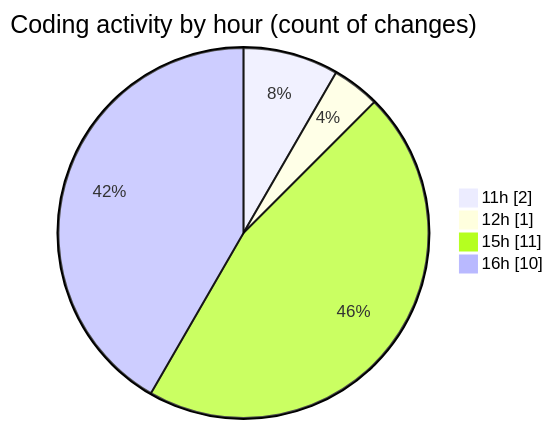
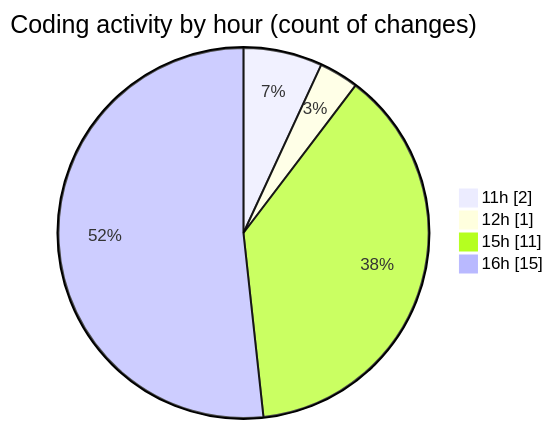
Before and after one commit to nxtqubesakshisongat/code-tracking: the second of 2 diagrams in 2025-06-16/nxtqube_webapp/README.md, drawn with Mermaid. The commit also changed other lines of this file and 1 other file, not shown here.

````diff
--- a/2025-06-16/nxtqube_webapp/README.md
+++ b/2025-06-16/nxtqube_webapp/README.md
@@ -30,8 +30,8 @@
 ```mermaid
 pie showData
 title Coding activity by hour (count of changes)
 "11h" : 2
 "12h" : 1
 "15h" : 11
-"16h" : 10
+"16h" : 15
 ```
````
